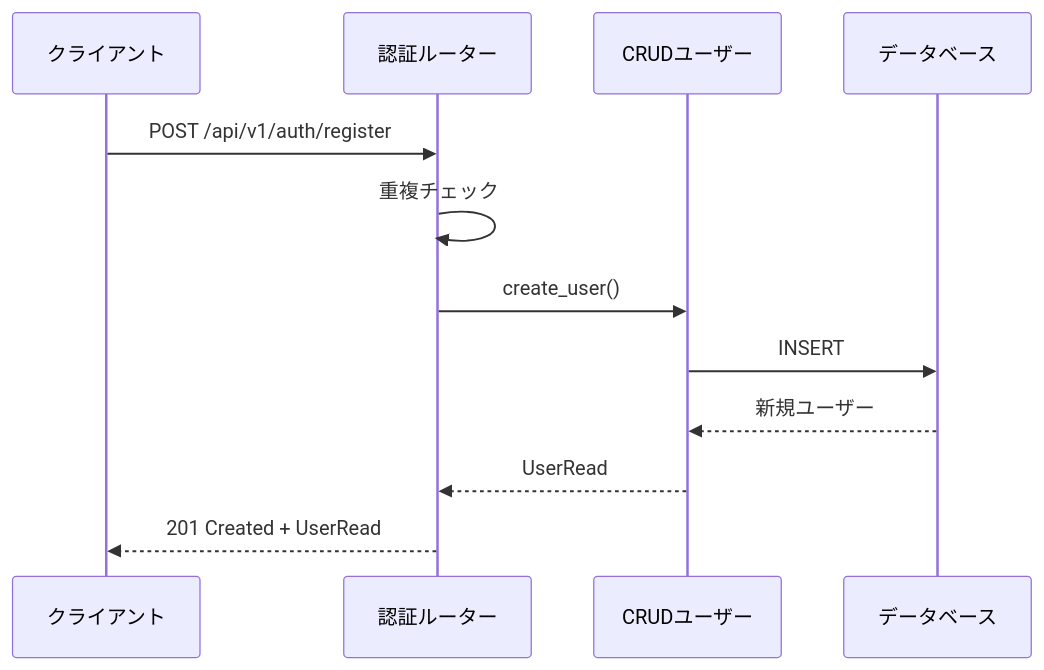
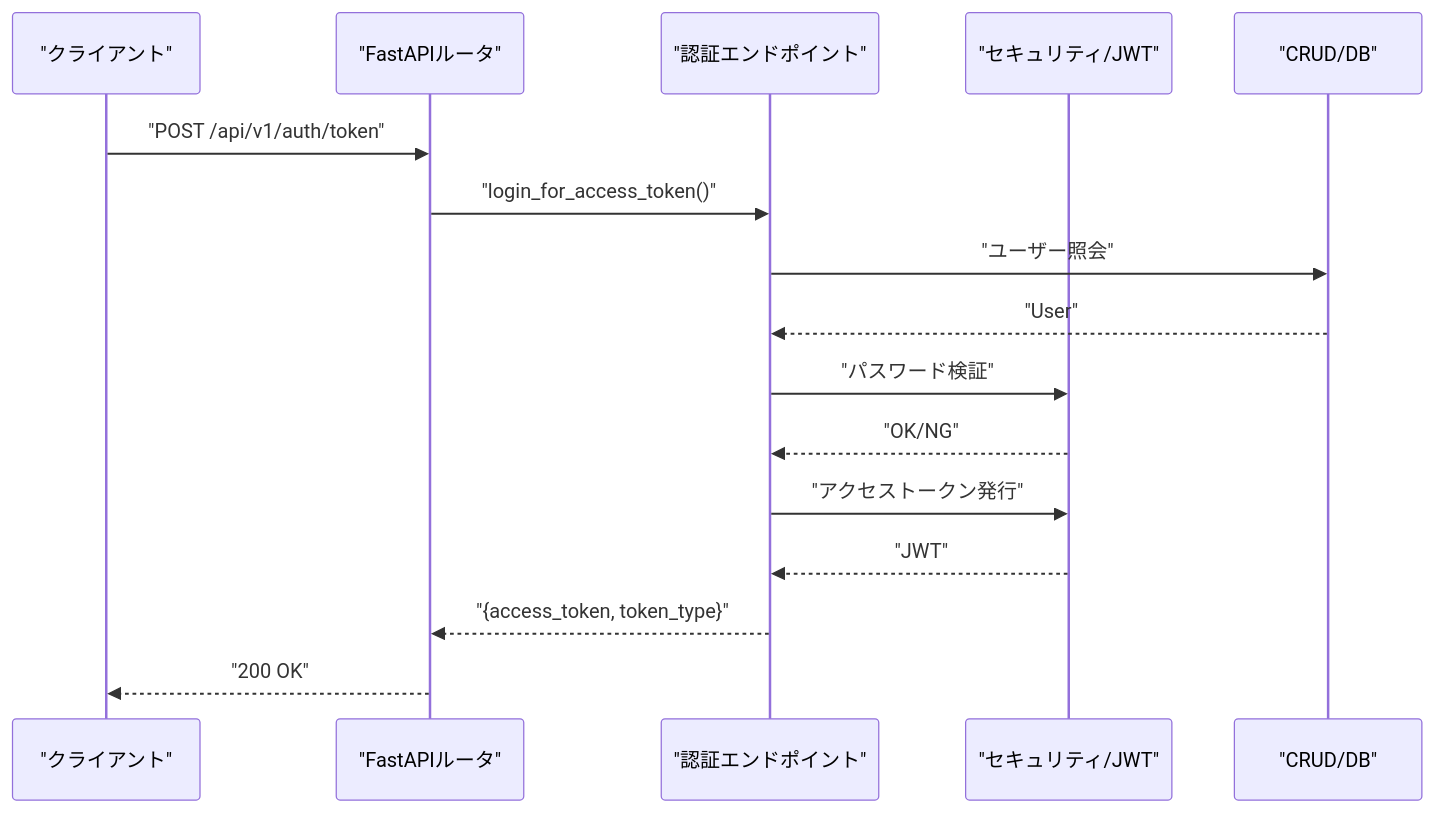
The second of 8 diagrams in .qoder/repowiki/ja/content/APIリファレンス/APIリファレンス.md (ss8806/Todos), drawn with Mermaid before and after one commit. The commit also changed other lines of this file and 106 other files, not shown here.

````diff
--- a/.qoder/repowiki/ja/content/APIリファレンス/APIリファレンス.md
+++ b/.qoder/repowiki/ja/content/APIリファレンス/APIリファレンス.md
@@ -156,14 +112,18 @@
 ```mermaid
 sequenceDiagram
-participant Client as クライアント
-participant Auth as 認証ルーター
-participant CRUD as CRUDユーザー
-participant DB as データベース
-Client->>Auth : POST /api/v1/auth/register
-Auth->>Auth : 重複チェック
-Auth->>CRUD : create_user()
-CRUD->>DB : INSERT
-DB-->>CRUD : 新規ユーザー
-CRUD-->>Auth : UserRead
-Auth-->>Client : 201 Created + UserRead
+participant Client as "クライアント"
+participant API as "FastAPIルータ"
+participant Auth as "認証エンドポイント"
+participant Sec as "セキュリティ/JWT"
+participant DB as "CRUD/DB"
+Client->>API : "POST /api/v1/auth/token"
+API->>Auth : "login_for_access_token()"
+Auth->>DB : "ユーザー照会"
+DB-->>Auth : "User"
+Auth->>Sec : "パスワード検証"
+Sec-->>Auth : "OK/NG"
+Auth->>Sec : "アクセストークン発行"
+Sec-->>Auth : "JWT"
+Auth-->>API : "{access_token, token_type}"
+API-->>Client : "200 OK"
 ```
````
